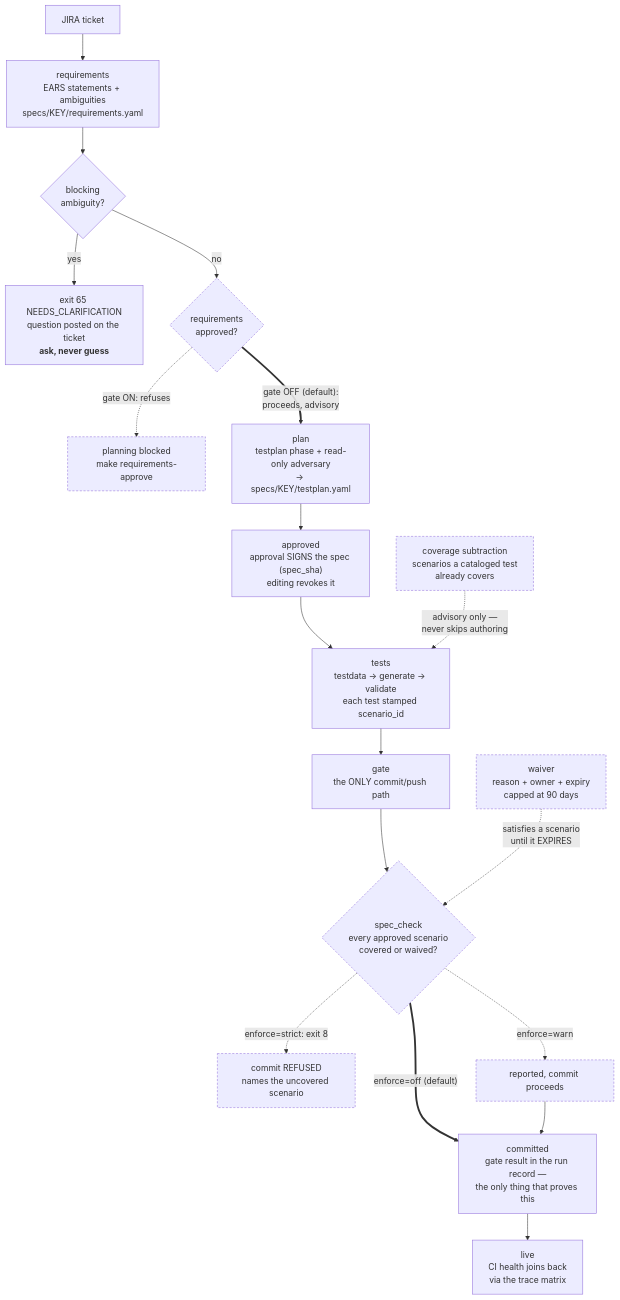
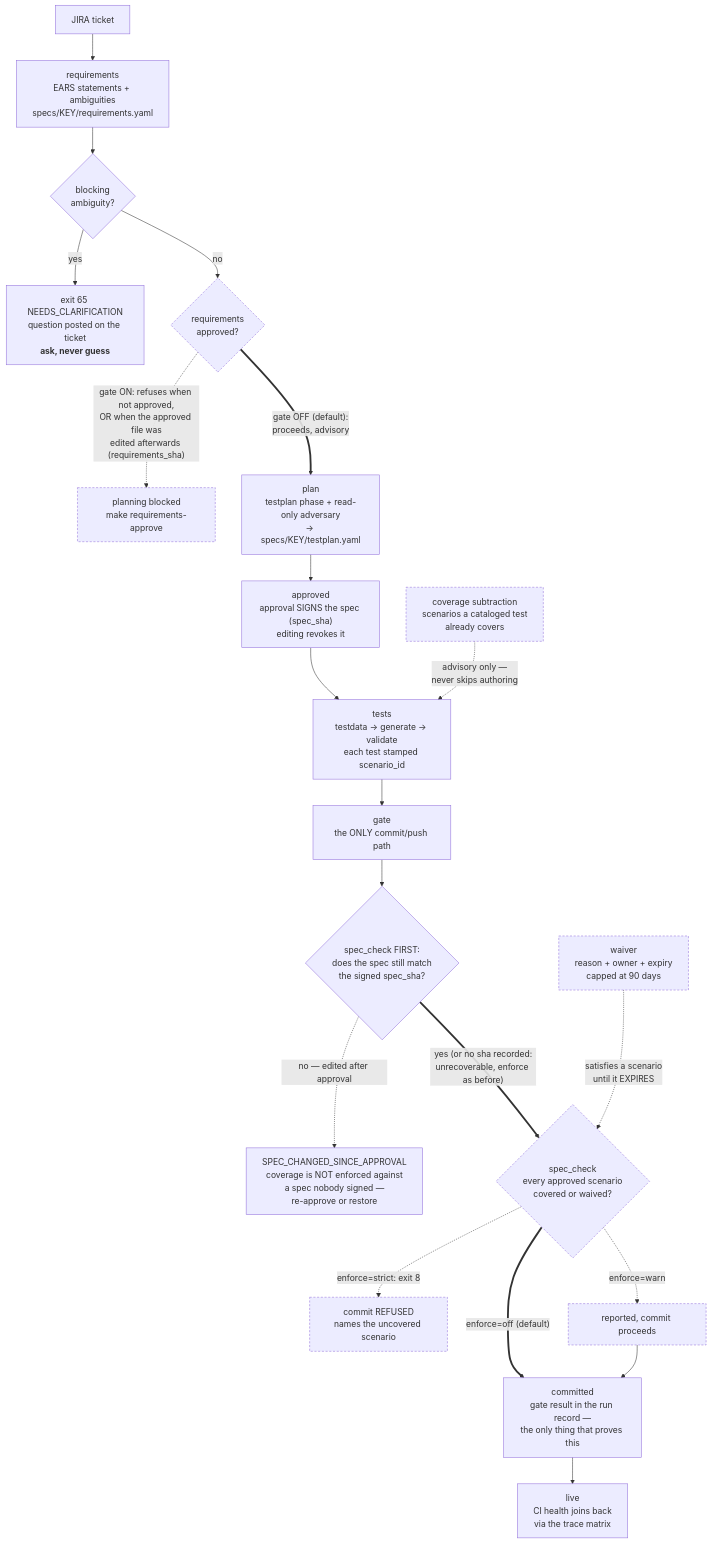
Diagram 20 of 25 in docs/diagrams.md (anandtopu/auto-tests-gen), drawn with Mermaid before and after one commit. The commit also changed 3 other files, not shown here.

````diff
--- a/docs/diagrams.md
+++ b/docs/diagrams.md
@@ -628,31 +628,33 @@
 ```mermaid
 flowchart TD
   T["JIRA ticket"] --> REQ["requirements<br/>EARS statements + ambiguities<br/>specs/KEY/requirements.yaml"]
 
   REQ --> AMB{"blocking<br/>ambiguity?"}
   AMB -->|yes| STOP["exit 65 NEEDS_CLARIFICATION<br/>question posted on the ticket<br/><b>ask, never guess</b>"]
   AMB -->|no| RA{"requirements<br/>approved?"}
 
-  RA -.->|"gate ON: refuses"| WAITR["planning blocked<br/>make requirements-approve"]
+  RA -.->|"gate ON: refuses when not approved,<br/>OR when the approved file was<br/>edited afterwards (requirements_sha)"| WAITR["planning blocked<br/>make requirements-approve"]
   RA ==>|"gate OFF (default):<br/>proceeds, advisory"| PLAN
 
   PLAN["plan<br/>testplan phase + read-only adversary<br/>-> specs/KEY/testplan.yaml"]
   PLAN --> APPR["approved<br/>approval SIGNS the spec (spec_sha)<br/>editing revokes it"]
   APPR --> TESTS["tests<br/>testdata -> generate -> validate<br/>each test stamped scenario_id"]
   TESTS --> GATE["gate<br/>the ONLY commit/push path"]
 
-  GATE --> SC{"spec_check<br/>every approved scenario<br/>covered or waived?"}
+  GATE --> SIG{"spec_check FIRST:<br/>does the spec still match<br/>the signed spec_sha?"}
+  SIG -.->|"no — edited after approval"| UNSIGNED["SPEC_CHANGED_SINCE_APPROVAL<br/>coverage is NOT enforced against<br/>a spec nobody signed —<br/>re-approve or restore"]
+  SIG ==>|"yes (or no sha recorded:<br/>unrecoverable, enforce as before)"| SC{"spec_check<br/>every approved scenario<br/>covered or waived?"}
   SC -.->|"enforce=strict: exit 8"| REFUSE["commit REFUSED<br/>names the uncovered scenario"]
   SC -.->|"enforce=warn"| WARN["reported, commit proceeds"]
   SC ==>|"enforce=off (default)"| COMMIT
   WARN --> COMMIT
 
   COMMIT["committed<br/>gate result in the run record —<br/>the only thing that proves this"] --> LIVE["live<br/>CI health joins back<br/>via the trace matrix"]
 
   WV["waiver<br/>reason + owner + expiry<br/>capped at 90 days"] -.->|"satisfies a scenario<br/>until it EXPIRES"| SC
 
   SUB["coverage subtraction<br/>scenarios a cataloged test<br/>already covers"] -.->|"advisory only —<br/>never skips authoring"| TESTS
 
   classDef off stroke-dasharray: 4 3;
   class RA,SC,WAITR,REFUSE,WARN,WV,SUB off;
 ```
````
